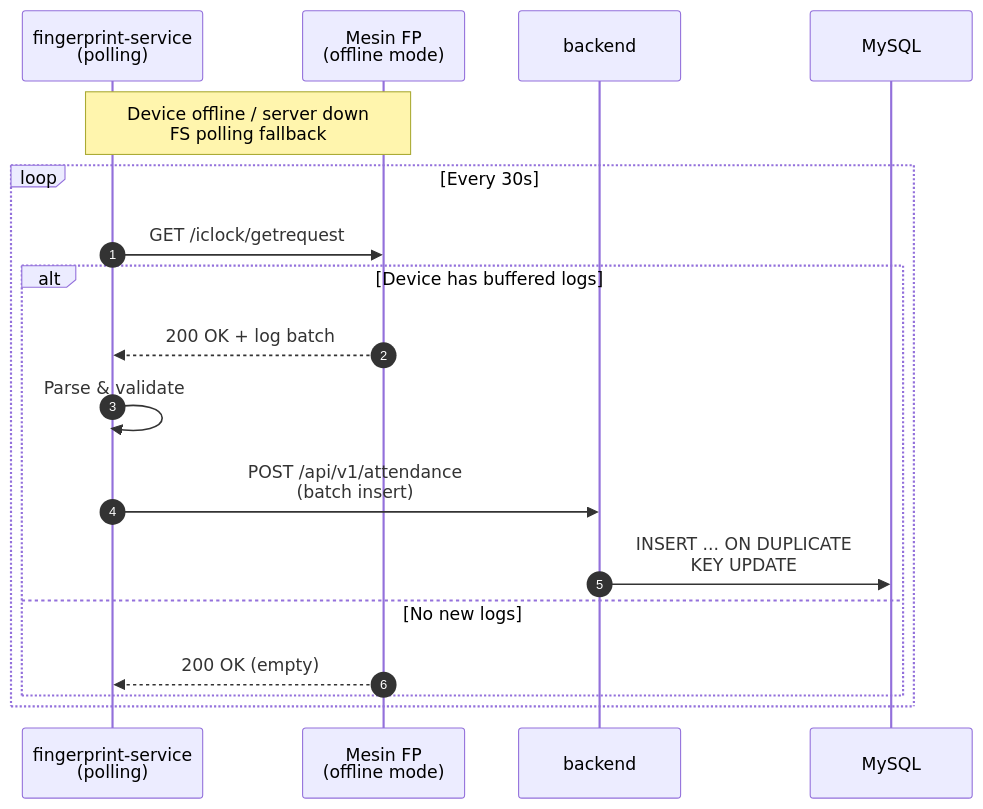
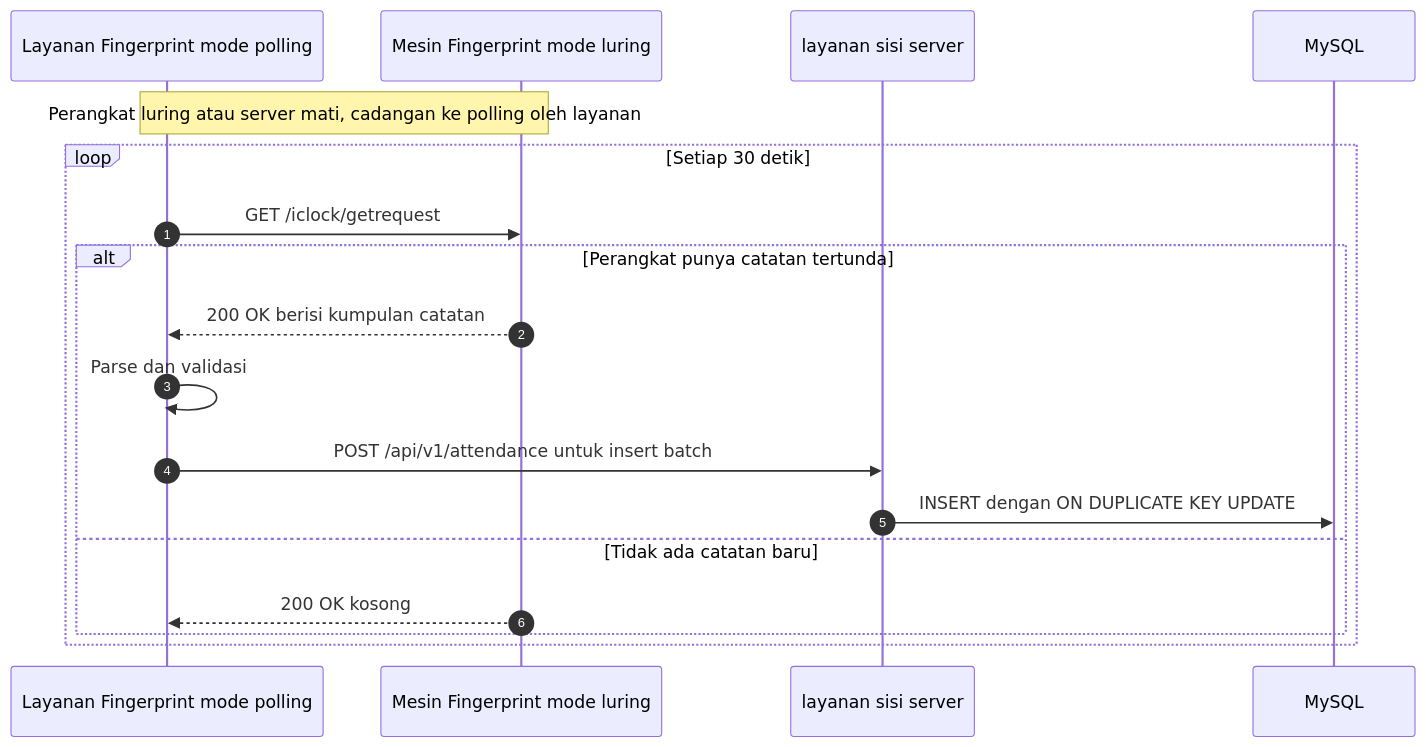
The fourth of 6 diagrams in 20-Projects/01-absensi-finger/02-SYSTEM-DIAGRAMS.md (RaiKanaeru/ai-agents-vault), drawn with Mermaid before and after one commit. The commit also changed other lines of this file and 41 other files, not shown here.

````diff
--- a/20-Projects/01-absensi-finger/02-SYSTEM-DIAGRAMS.md
+++ b/20-Projects/01-absensi-finger/02-SYSTEM-DIAGRAMS.md
@@ -159,22 +159,22 @@
 ```mermaid
 sequenceDiagram
     autonumber
-    participant FS as fingerprint-service<br/>(polling)
-    participant FP as Mesin FP<br/>(offline mode)
-    participant BE as backend
+    participant FS as Layanan Fingerprint mode polling
+    participant FP as Mesin Fingerprint mode luring
+    participant BE as layanan sisi server
     participant DB as MySQL
 
-    Note over FP,FS: Device offline / server down<br/>FS polling fallback
+    Note over FP,FS: Perangkat luring atau server mati, cadangan ke polling oleh layanan
 
-    loop Every 30s
+    loop Setiap 30 detik
         FS->>FP: GET /iclock/getrequest
-        alt Device has buffered logs
-            FP-->>FS: 200 OK + log batch
-            FS->>FS: Parse & validate
-            FS->>BE: POST /api/v1/attendance<br/>(batch insert)
-            BE->>DB: INSERT ... ON DUPLICATE<br/>KEY UPDATE
-        else No new logs
-            FP-->>FS: 200 OK (empty)
+        alt Perangkat punya catatan tertunda
+            FP-->>FS: 200 OK berisi kumpulan catatan
+            FS->>FS: Parse dan validasi
+            FS->>BE: POST /api/v1/attendance untuk insert batch
+            BE->>DB: INSERT dengan ON DUPLICATE KEY UPDATE
+        else Tidak ada catatan baru
+            FP-->>FS: 200 OK kosong
         end
     end
 ```
````
